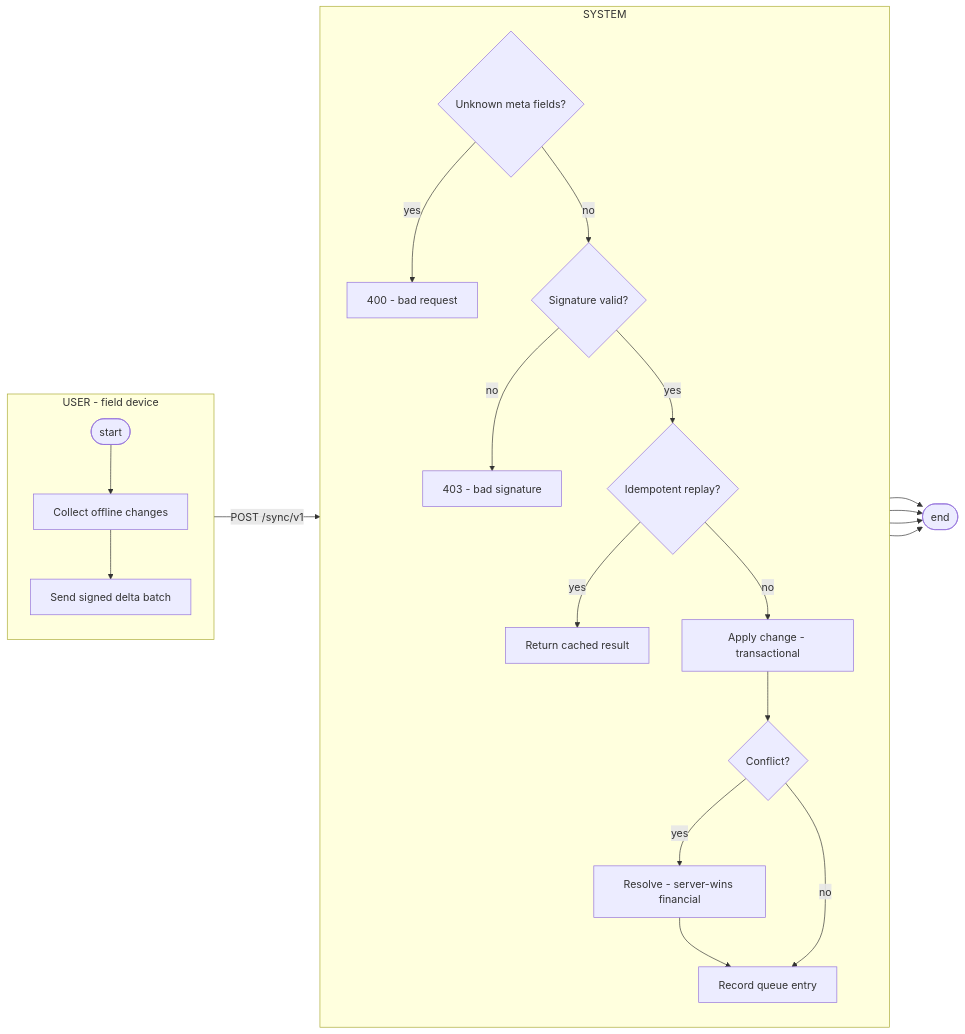
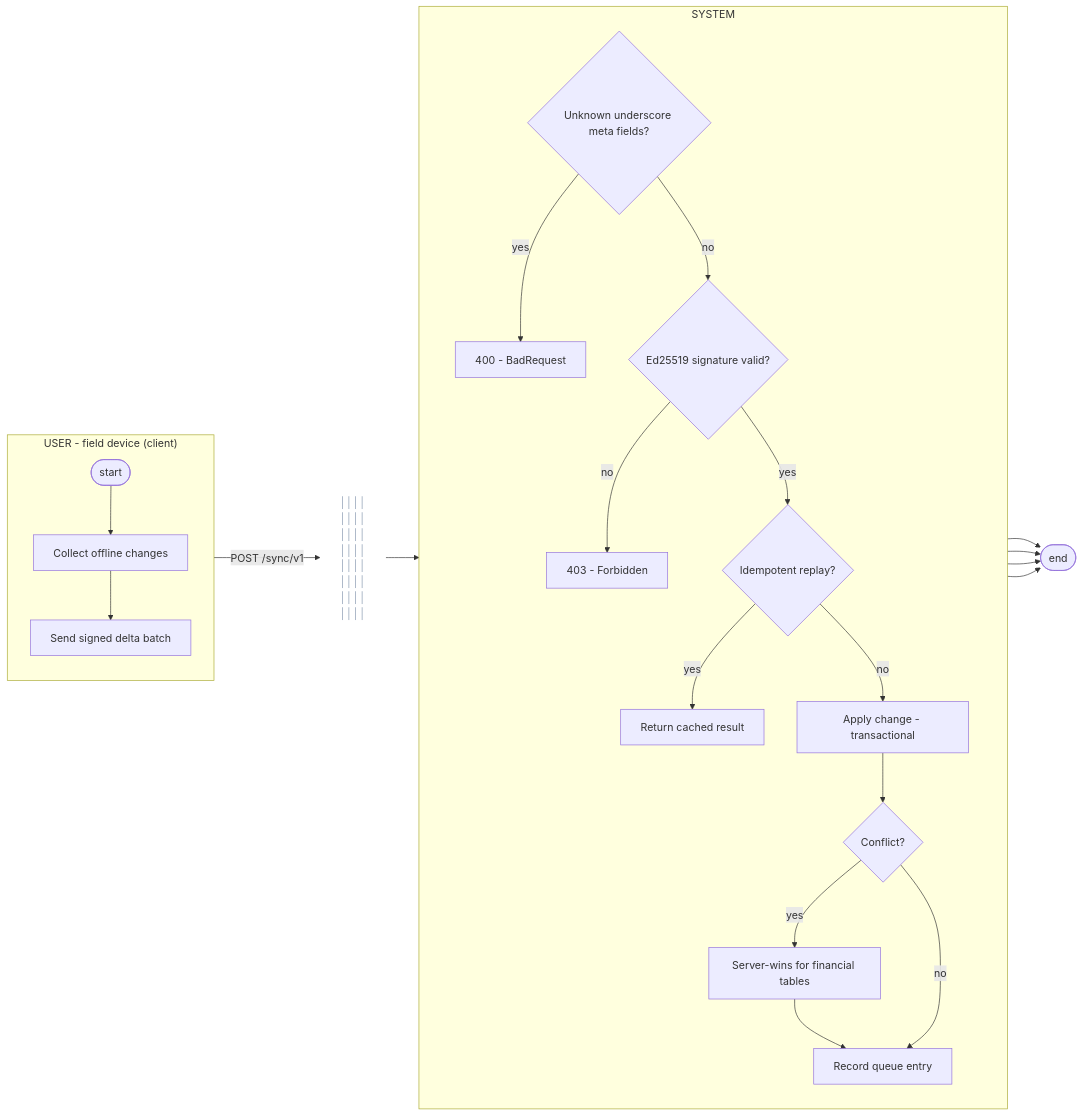
Before and after one commit to urlsalimbot/THESIS1-KAPWA: the third of 12 diagrams in docs/diagrams/04-1-activity-diagram.md, drawn with Mermaid. The commit also changed other lines of this file, not shown here.

Commit message:
docs: add vertical divider line between user and system lanes in activity diagrams

````diff
--- a/docs/diagrams/04-1-activity-diagram.md
+++ b/docs/diagrams/04-1-activity-diagram.md
@@ -107,36 +106,38 @@
 ```mermaid
 flowchart LR
-    subgraph U["USER - field device"]
+    subgraph U["USER - field device (client)"]
         direction TB
         A([start]) --> B[Collect offline changes]
         B --> C[Send signed delta batch]
     end
     subgraph S["SYSTEM"]
         direction TB
-        D{Unknown meta fields?}
-        E{Signature valid?}
+        D{Unknown underscore meta fields?}
+        E{Ed25519 signature valid?}
         F{Idempotent replay?}
         G[Apply change - transactional]
         H{Conflict?}
-        I[Resolve - server-wins financial]
+        I[Server-wins for financial tables]
         J[Record queue entry]
-        K[400 - bad request]
-        L[403 - bad signature]
+        K[400 - BadRequest]
+        L[403 - Forbidden]
         M[Return cached result]
     end
-    C -->|"POST /sync/v1"| D
+    DIV["││││<br/>││││<br/>││││<br/>││││<br/>││││<br/>││││<br/>││││<br/>││││"]
+    C -->|"POST /sync/v1"| DIV --> D
     D -- yes --> K
     K --> Z([end])
     D -- no --> E
     E -- no --> L
     L --> Z
     E -- yes --> F
     F -- yes --> M
     M --> Z
     F -- no --> G
     G --> H
     H -- yes --> I
     I --> J
     H -- no --> J
     J --> Z
+    style DIV fill:none,stroke:none,color:#94a3b8,font-size:16px,font-weight:bold
 ```
````
